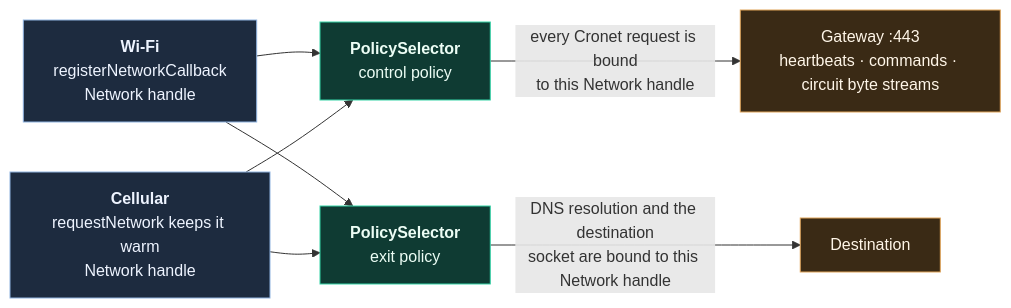
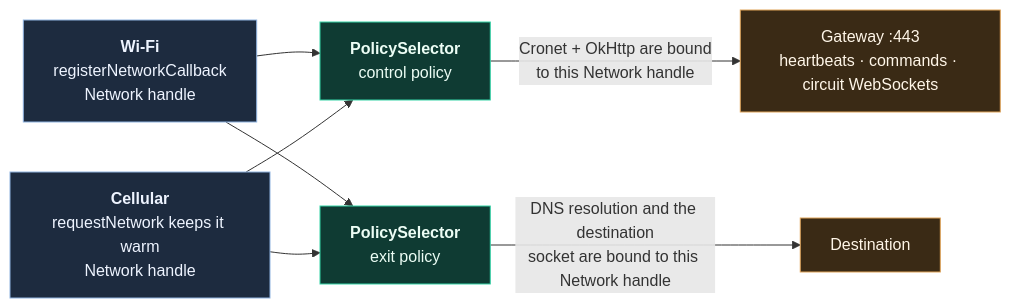
One commit to CesarPetrescu/PocketExit changed the second of 12 diagrams in README.md. Above: the diagram before and after it, drawn with Mermaid. The commit also changed other lines of this file and 38 other files, not shown here.

````diff
--- a/README.md
+++ b/README.md
@@ -159,23 +159,23 @@
 ```mermaid
 flowchart LR
     WIFI["<b>Wi-Fi</b><br/>registerNetworkCallback<br/>Network handle"]
     CELL["<b>Cellular</b><br/>requestNetwork keeps it warm<br/>Network handle"]
 
     WIFI --> CTRL
     CELL --> CTRL
     WIFI --> EXIT
     CELL --> EXIT
 
     CTRL["<b>PolicySelector</b><br/>control policy"]
     EXIT["<b>PolicySelector</b><br/>exit policy"]
 
-    CTRL -->|"every Cronet request is bound<br/>to this Network handle"| GW["Gateway :443<br/>heartbeats · commands · circuit byte streams"]
+    CTRL -->|"Cronet + OkHttp are bound<br/>to this Network handle"| GW["Gateway :443<br/>heartbeats · commands · circuit WebSockets"]
     EXIT -->|"DNS resolution and the destination<br/>socket are bound to this Network handle"| DEST["Destination"]
 
     classDef radio fill:#1d2b3f,stroke:#8fb3e0,color:#eef4ff
     classDef sel fill:#0f3b33,stroke:#34d3a6,color:#ecfdf5
     classDef out fill:#3a2a15,stroke:#e0a458,color:#fff6e8
     class WIFI,CELL radio
     class CTRL,EXIT sel
     class GW,DEST out
 ```
````
